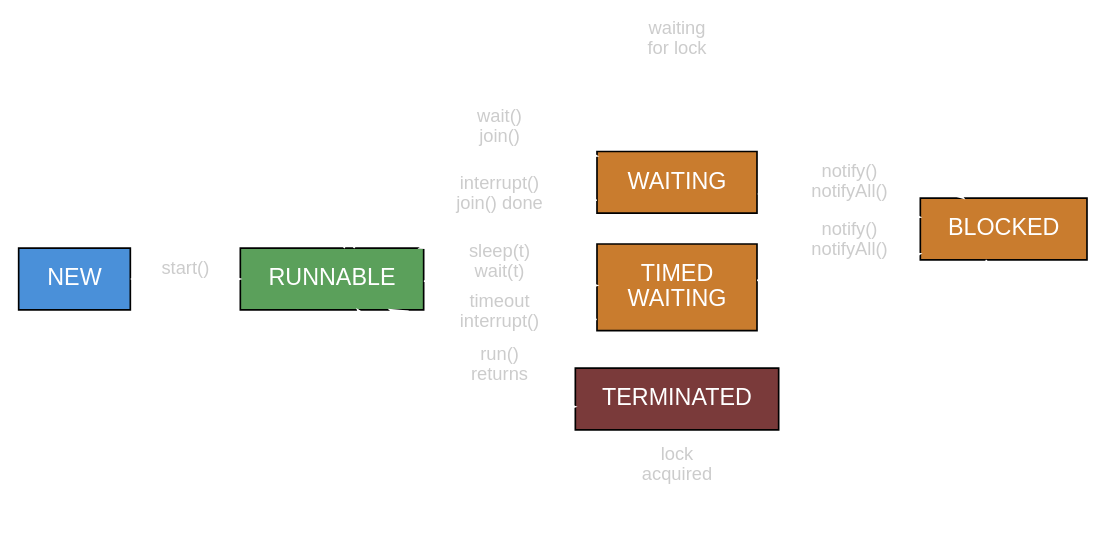
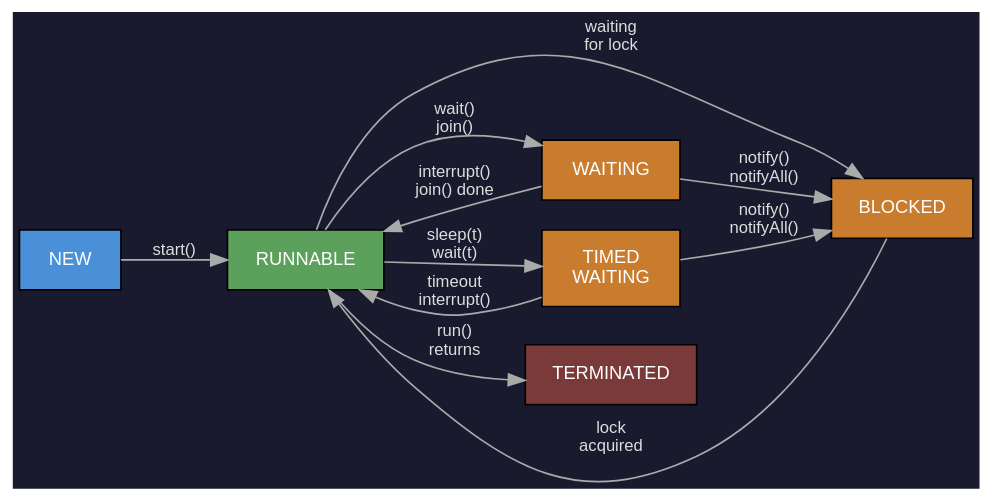
One commit to symentispl/java-concurrency-primer changed the third of 6 diagrams in slides/src/main/slides/index.adoc. Above: the diagram before and after it, drawn with Graphviz. The commit also changed other lines of this file, not shown here.

First line of the commit message:
fix: fix graphviz arrow/label visibility and standardize diagram size across all 6 diagrams

```diff
--- a/slides/src/main/slides/index.adoc
+++ b/slides/src/main/slides/index.adoc
@@ -305,26 +307,27 @@
 [graphviz]
 ----
 digraph thread_states {
     rankdir=LR
-    node [shape=rect, style=filled, fontname="sans-serif", margin="0.25,0.15"]
-    edge [fontname="sans-serif", fontsize=11, color=white, fontcolor="#cccccc"]
+    graph [bgcolor="#1a1a2e", size="18,9"]
+    node [shape=rect, style=filled, fontname="sans-serif", fontsize=11, margin="0.25,0.15"]
+    edge [fontname="sans-serif", fontsize=10, color="#aaaaaa", fontcolor="#dddddd"]
 
     NEW          [label="NEW",          fillcolor="#4a90d9", fontcolor=white]
     RUNNABLE     [label="RUNNABLE",     fillcolor="#5ba05b", fontcolor=white]
     BLOCKED      [label="BLOCKED",      fillcolor="#c97c2e", fontcolor=white]
     WAITING      [label="WAITING",      fillcolor="#c97c2e", fontcolor=white]
     TIMED        [label="TIMED\nWAITING", fillcolor="#c97c2e", fontcolor=white]
     TERMINATED   [label="TERMINATED",   fillcolor="#7a3a3a", fontcolor=white]
 
     NEW      -> RUNNABLE   [label="start()"]
     RUNNABLE -> BLOCKED    [label="waiting\nfor lock"]
     BLOCKED  -> RUNNABLE   [label="lock\nacquired"]
     RUNNABLE -> WAITING    [label="wait()\njoin()"]
     WAITING  -> BLOCKED    [label="notify()\nnotifyAll()"]
     WAITING  -> RUNNABLE   [label="interrupt()\njoin() done"]
     RUNNABLE -> TIMED      [label="sleep(t)\nwait(t)"]
     TIMED    -> BLOCKED    [label="notify()\nnotifyAll()"]
     TIMED    -> RUNNABLE   [label="timeout\ninterrupt()"]
     RUNNABLE -> TERMINATED [label="run()\nreturns"]
 }
 ----
```
